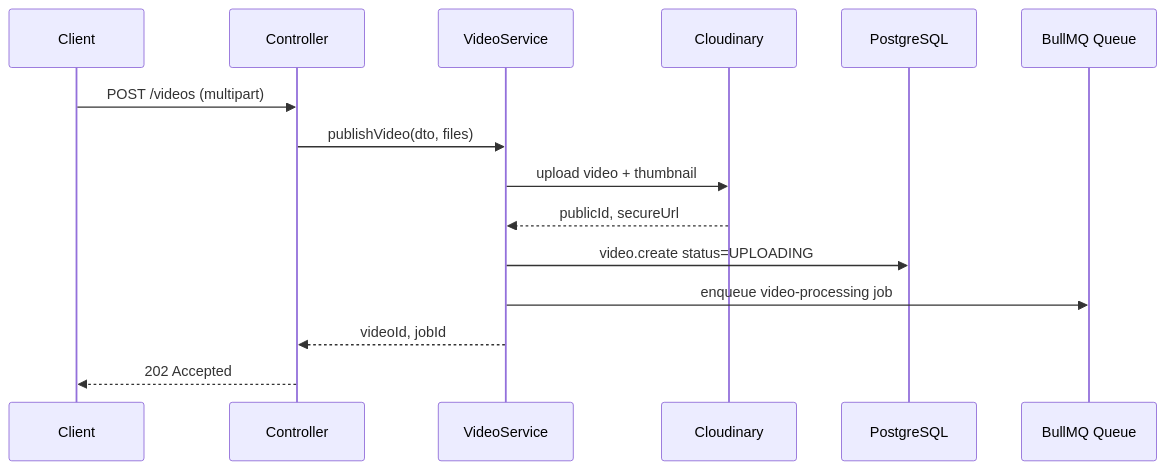
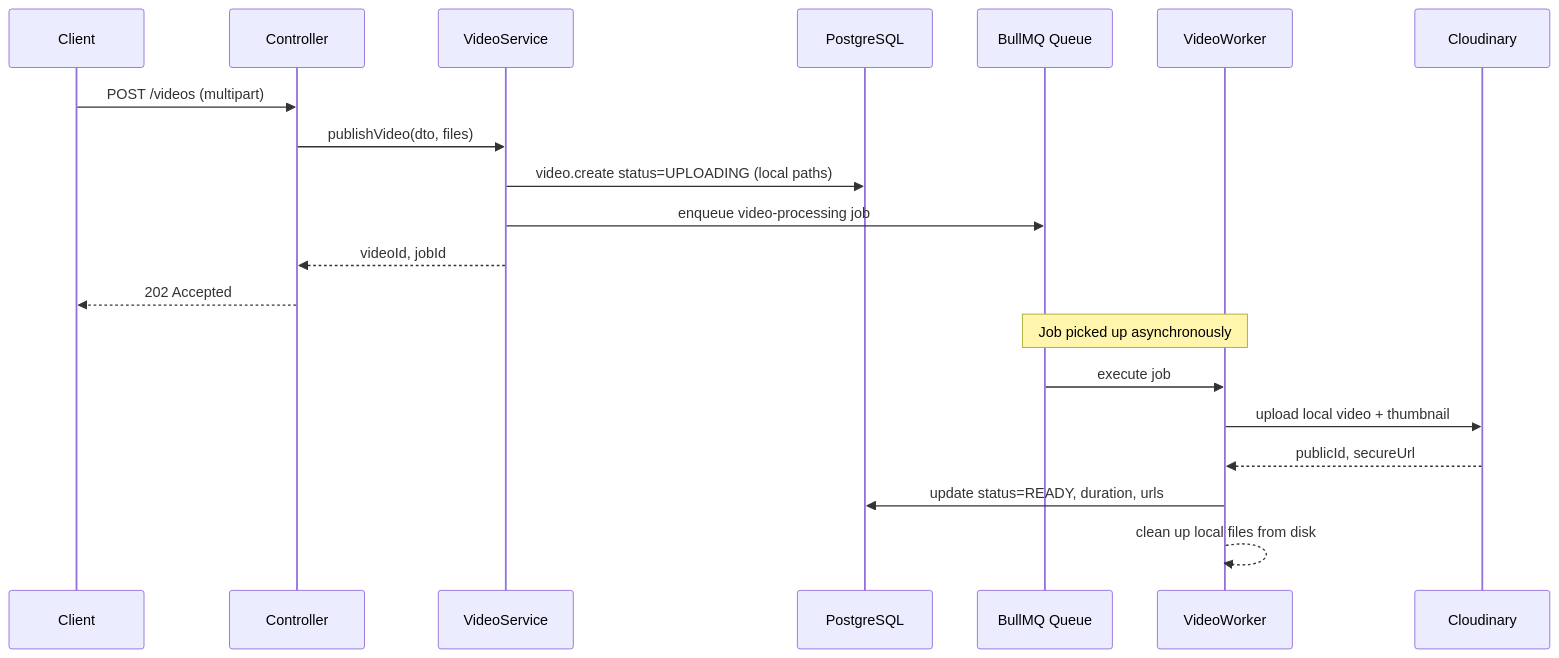
Before and after one commit to Onkar3107/video-tube: the third of 7 diagrams in docs/architecture.md, drawn with Mermaid. The commit also changed 1 other file, not shown here.

Commit message:
feat(ci): configure docker hub CD pipeline and clean up architecture flow sequence diagrams

````diff
--- a/docs/architecture.md
+++ b/docs/architecture.md
@@ -40,17 +40,22 @@
 ```mermaid
 sequenceDiagram
     participant C as Client
     participant Ctrl as Controller
     participant Svc as VideoService
-    participant CDN as Cloudinary
     participant DB as PostgreSQL
     participant Q as BullMQ Queue
+    participant W as VideoWorker
+    participant CDN as Cloudinary
     C->>Ctrl: POST /videos (multipart)
     Ctrl->>Svc: publishVideo(dto, files)
-    Svc->>CDN: upload video + thumbnail
-    CDN-->>Svc: publicId, secureUrl
-    Svc->>DB: video.create status=UPLOADING
+    Svc->>DB: video.create status=UPLOADING (local paths)
     Svc->>Q: enqueue video-processing job
     Svc-->>Ctrl: videoId, jobId
     Ctrl-->>C: 202 Accepted
+    Note over Q,W: Job picked up asynchronously
+    Q->>W: execute job
+    W->>CDN: upload local video + thumbnail
+    CDN-->>W: publicId, secureUrl
+    W->>DB: update status=READY, duration, urls
+    W-->>W: clean up local files from disk
 ```
````
